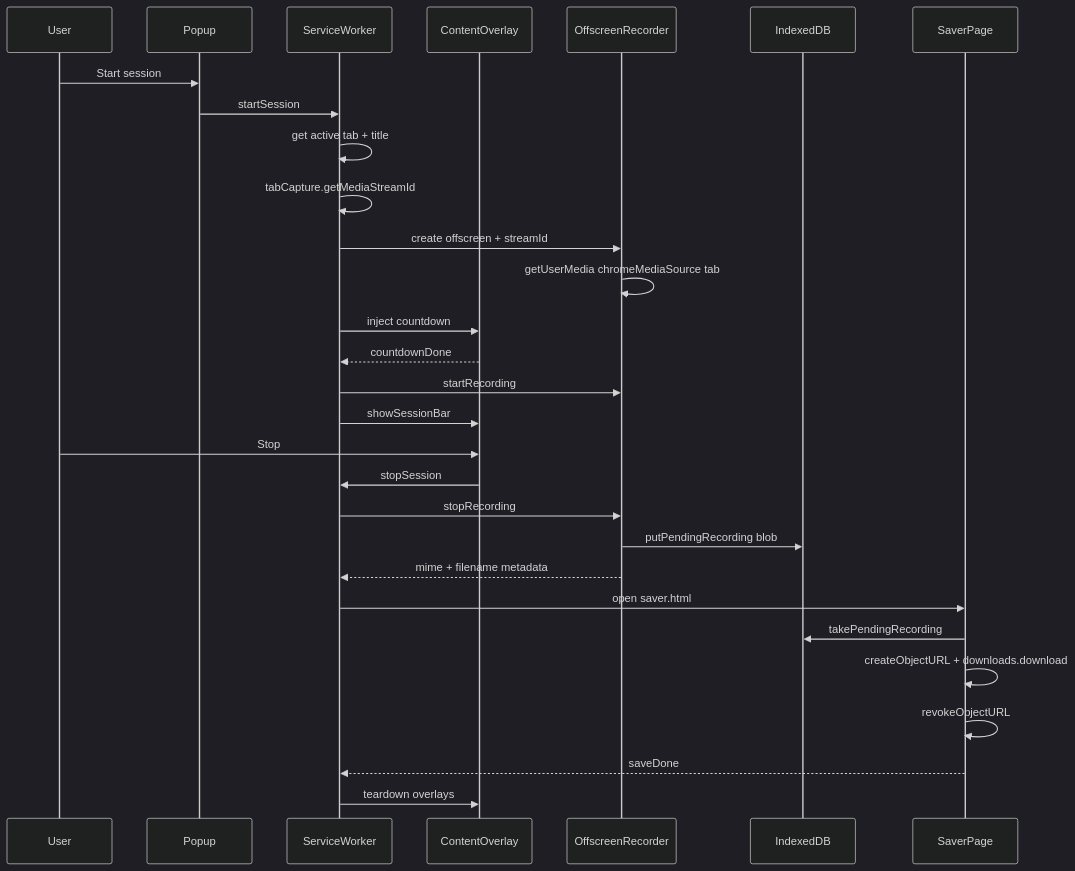
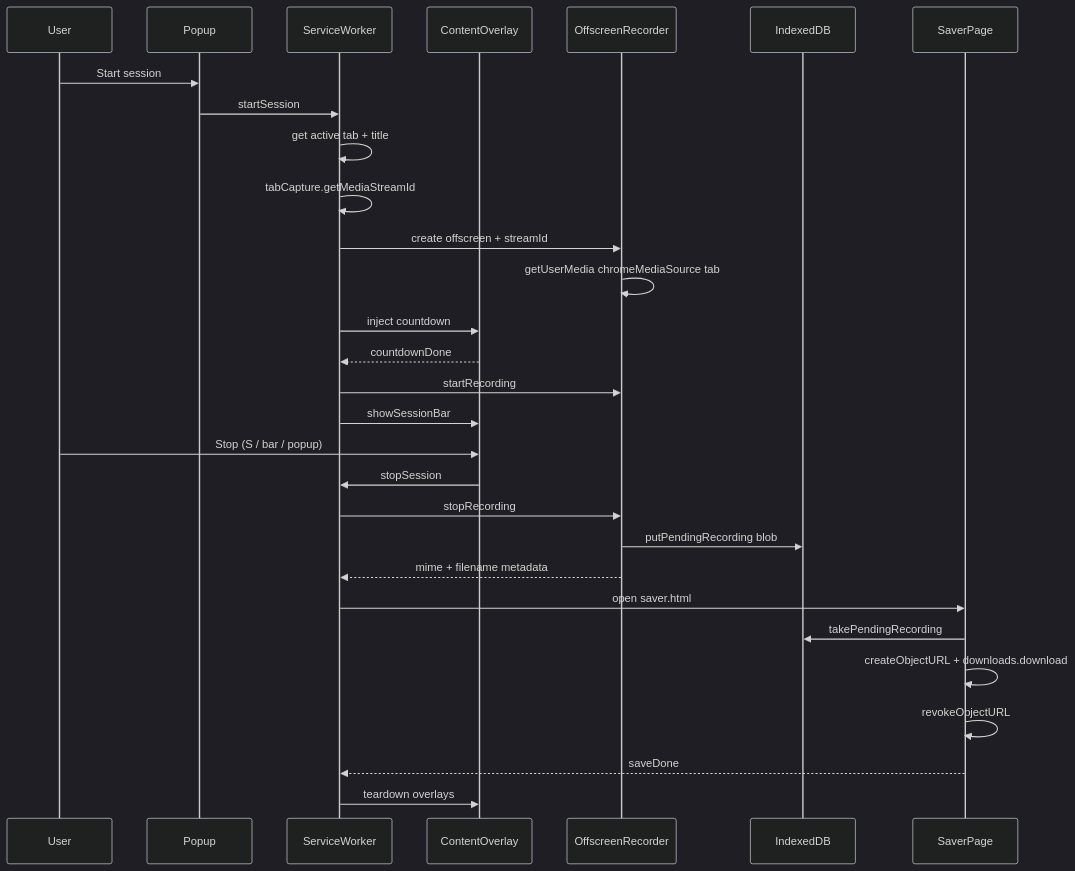
The diagram in README.md (exergy-connect/FrameIt), drawn with Mermaid (dark theme) before and after one commit. The commit also changed other lines of this file and 1 other file, not shown here.

````diff
--- a/README.md
+++ b/README.md
@@ -25,32 +45,32 @@
 ```mermaid
 sequenceDiagram
   participant User
   participant Popup
   participant SW as ServiceWorker
   participant CS as ContentOverlay
   participant OS as OffscreenRecorder
   participant IDB as IndexedDB
   participant Saver as SaverPage
 
   User->>Popup: Start session
   Popup->>SW: startSession
   SW->>SW: get active tab + title
   SW->>SW: tabCapture.getMediaStreamId
   SW->>OS: create offscreen + streamId
   OS->>OS: getUserMedia chromeMediaSource tab
   SW->>CS: inject countdown
   CS-->>SW: countdownDone
   SW->>OS: startRecording
   SW->>CS: showSessionBar
-  User->>CS: Stop
+  User->>CS: Stop (S / bar / popup)
   CS->>SW: stopSession
   SW->>OS: stopRecording
   OS->>IDB: putPendingRecording blob
   OS-->>SW: mime + filename metadata
   SW->>Saver: open saver.html
   Saver->>IDB: takePendingRecording
   Saver->>Saver: createObjectURL + downloads.download
   Saver->>Saver: revokeObjectURL
   Saver-->>SW: saveDone
   SW->>CS: teardown overlays
 ```
````
